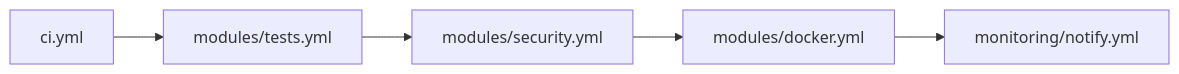
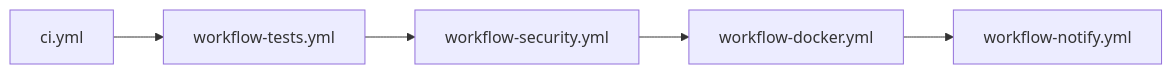
One commit to whispr-messenger/auth-service changed the first of 2 diagrams in .github/workflows/README.md. Above: the diagram before and after it, drawn with Mermaid. The commit also changed other lines of this file and 8 other files, not shown here.

````diff
--- a/.github/workflows/README.md
+++ b/.github/workflows/README.md
@@ -42,7 +41,7 @@
 ```mermaid
 graph LR
-    A[ci.yml] --> B[modules/tests.yml]
-    B --> C[modules/security.yml]
-    C --> D[modules/docker.yml]
-    D --> E[monitoring/notify.yml]
+    A[ci.yml] --> B[workflow-tests.yml]
+    B --> C[workflow-security.yml]
+    C --> D[workflow-docker.yml]
+    D --> E[workflow-notify.yml]
 ```
````
